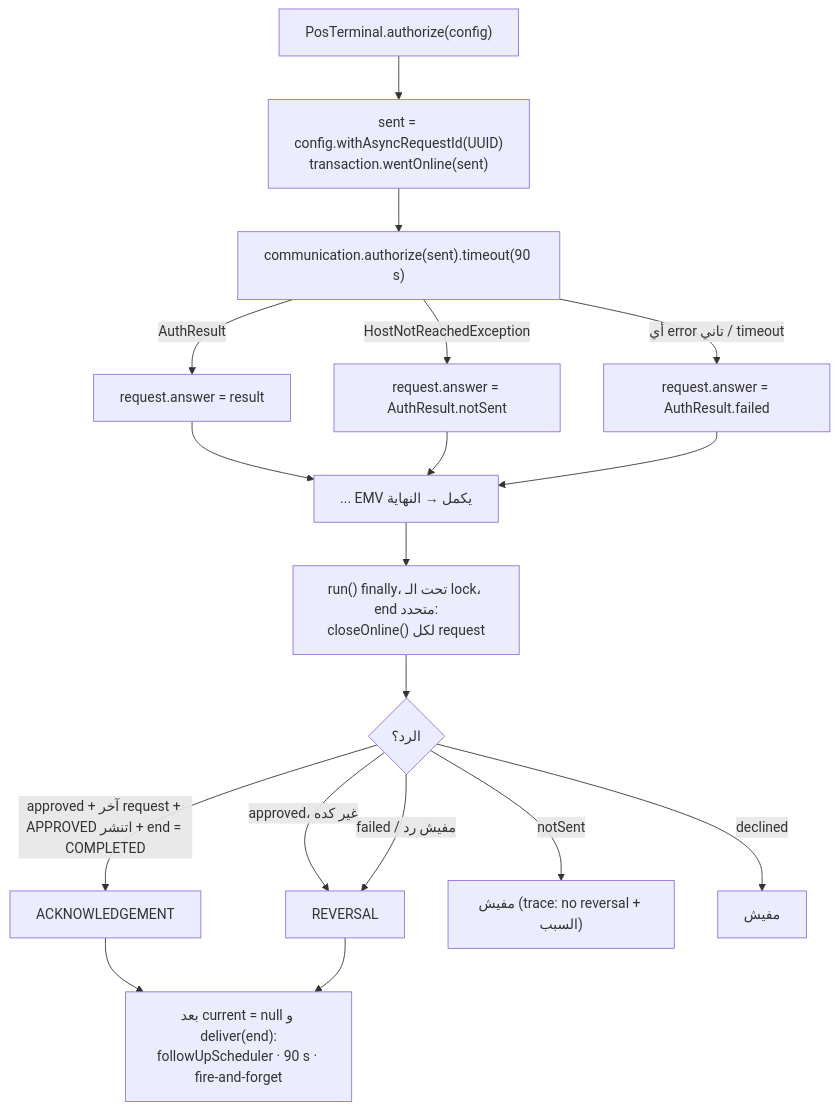
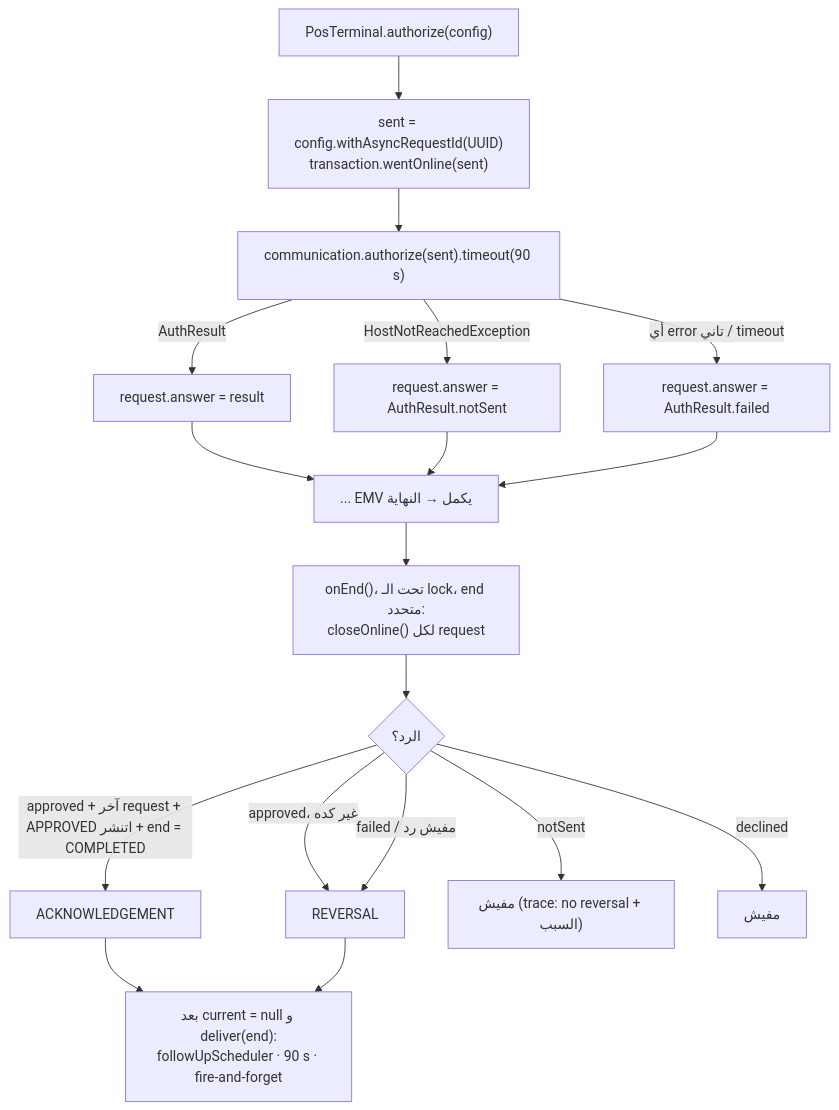
One commit to berothomas33/esaylinkrefactor changed the third of 9 diagrams in doc/REFERENCE.md. Above: the diagram before and after it, drawn with Mermaid. The commit also changed other lines of this file and 3 other files, not shown here.

````diff
--- a/doc/REFERENCE.md
+++ b/doc/REFERENCE.md
@@ -412,17 +417,17 @@
 ```mermaid
 flowchart TD
   A["PosTerminal.authorize(config)"] --> N["sent = config.withAsyncRequestId(UUID)<br/>transaction.wentOnline(sent)"]
   N --> C["communication.authorize(sent).timeout(90 s)"]
   C -- "AuthResult" --> R["request.answer = result"]
   C -- "HostNotReachedException" --> NS["request.answer = AuthResult.notSent"]
   C -- "أي error تاني / timeout" --> F["request.answer = AuthResult.failed"]
   R & NS & F --> E["... EMV يكمل → النهاية"]
-  E --> CO["run() finally، تحت الـ lock، end متحدد:<br/>closeOnline() لكل request"]
+  E --> CO["onEnd()، تحت الـ lock، end متحدد:<br/>closeOnline() لكل request"]
   CO --> D{"الرد؟"}
   D -- "approved + آخر request + APPROVED اتنشر + end = COMPLETED" --> ACK["ACKNOWLEDGEMENT"]
   D -- "approved، غير كده" --> REV["REVERSAL"]
   D -- "failed / مفيش رد" --> REV
   D -- "notSent" --> NO1["مفيش (trace: no reversal + السبب)"]
   D -- "declined" --> NO2["مفيش"]
   ACK & REV --> FU["بعد current = null و deliver(end):<br/>followUpScheduler · 90 s · fire-and-forget"]
 ```
````
